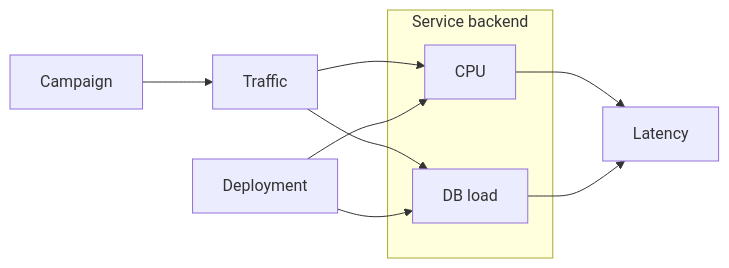
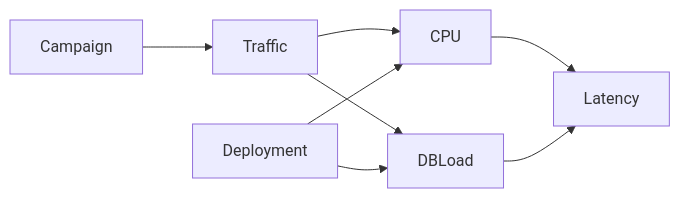
Before and after one commit to fhalde/fhalde.github.io: the diagram in content/posts/dowhy.md, drawn with Mermaid. The commit also changed other lines of this file, not shown here.

````diff
--- a/content/posts/dowhy.md
+++ b/content/posts/dowhy.md
@@ -48,16 +57,10 @@
 ```mermaid
 graph LR
       Campaign --> Traffic
       Traffic --> CPU
       Traffic --> DBLoad
       Deployment --> CPU
       Deployment --> DBLoad
-
-      subgraph Backend["Service backend"]
-          CPU
-          DBLoad["DB load"]
-      end
-
       CPU --> Latency
       DBLoad --> Latency
 ```
````
